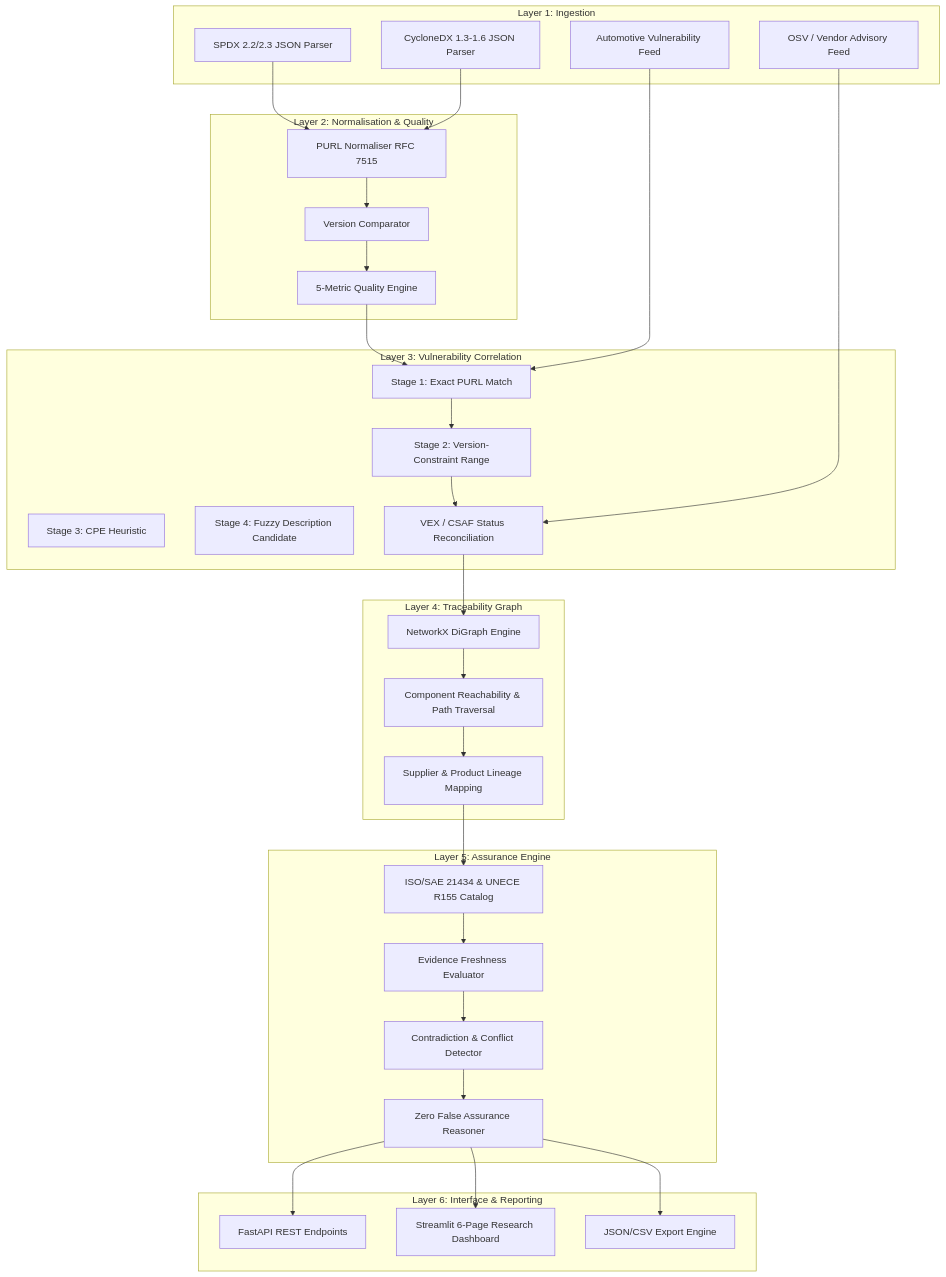
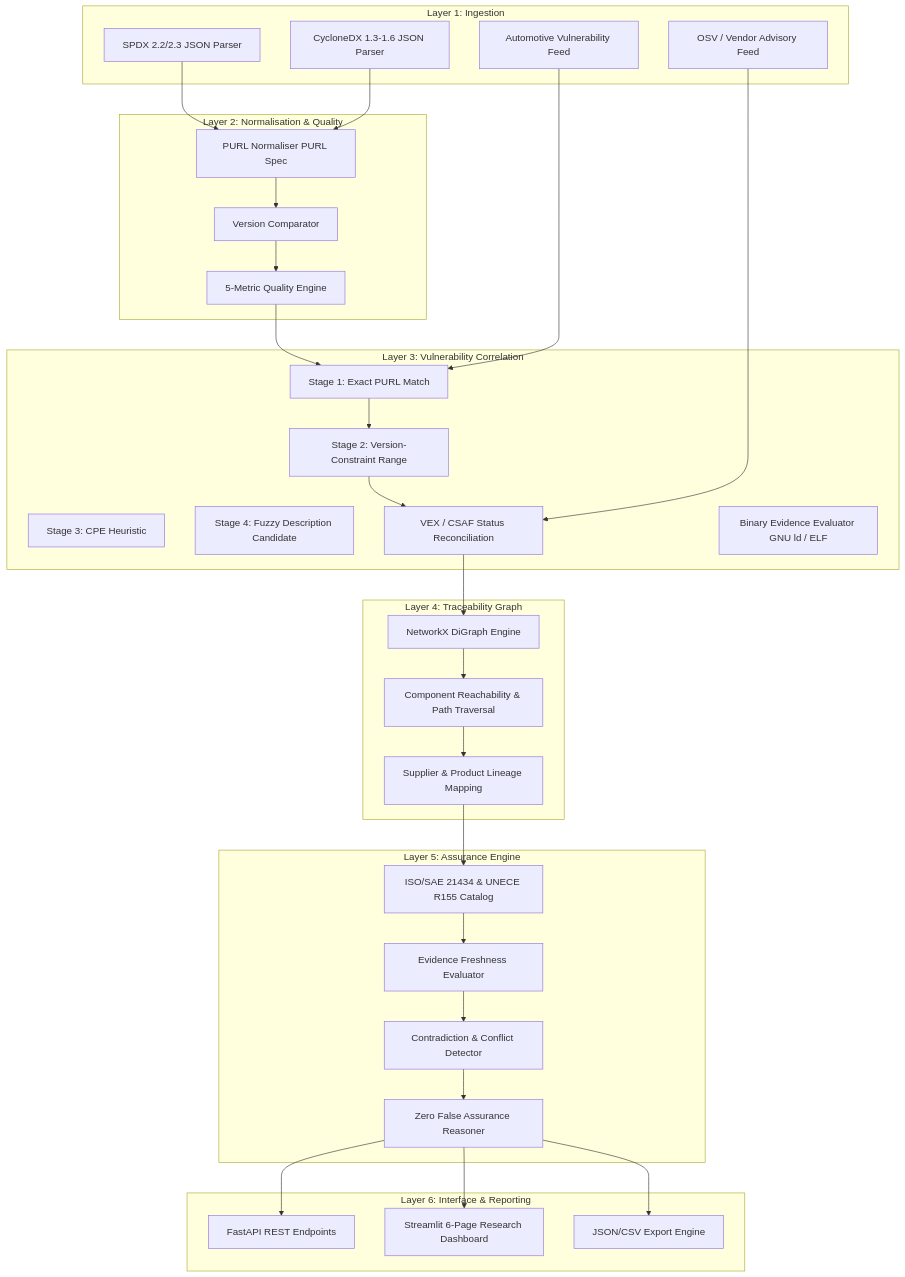
One commit to itssaideep/AutoSupplyGuard changed the diagram in research/final_report.md. Above: the diagram before and after it, drawn with Mermaid. The commit also changed other lines of this file and 79 other files, not shown here.

````diff
--- a/research/final_report.md
+++ b/research/final_report.md
@@ -95,55 +96,56 @@
 ```mermaid
 graph TD
     subgraph Layer 1: Ingestion
         A1[SPDX 2.2/2.3 JSON Parser]
         A2[CycloneDX 1.3-1.6 JSON Parser]
         A3[Automotive Vulnerability Feed]
         A4[OSV / Vendor Advisory Feed]
     end
 
     subgraph Layer 2: Normalisation & Quality
-        B1[PURL Normaliser RFC 7515]
+        B1[PURL Normaliser PURL Spec]
         B2[Version Comparator]
         B3[5-Metric Quality Engine]
     end
 
     subgraph Layer 3: Vulnerability Correlation
         C1[Stage 1: Exact PURL Match]
         C2[Stage 2: Version-Constraint Range]
         C3[Stage 3: CPE Heuristic]
         C4[Stage 4: Fuzzy Description Candidate]
         C5[VEX / CSAF Status Reconciliation]
+        C6[Binary Evidence Evaluator GNU ld / ELF]
     end
 
     subgraph Layer 4: Traceability Graph
         D1[NetworkX DiGraph Engine]
         D2[Component Reachability & Path Traversal]
         D3[Supplier & Product Lineage Mapping]
     end
 
     subgraph Layer 5: Assurance Engine
         E1[ISO/SAE 21434 & UNECE R155 Catalog]
         E2[Evidence Freshness Evaluator]
         E3[Contradiction & Conflict Detector]
         E4[Zero False Assurance Reasoner]
     end
 
     subgraph Layer 6: Interface & Reporting
         F1[FastAPI REST Endpoints]
         F2[Streamlit 6-Page Research Dashboard]
         F3[JSON/CSV Export Engine]
     end
 
     A1 --> B1
     A2 --> B1
     B1 --> B2 --> B3
     B3 --> C1 --> C2 --> C5
     A3 --> C1
     A4 --> C5
     C5 --> D1
     D1 --> D2 --> D3
     D3 --> E1 --> E2 --> E3 --> E4
     E4 --> F1
     E4 --> F2
     E4 --> F3
 ```
````
